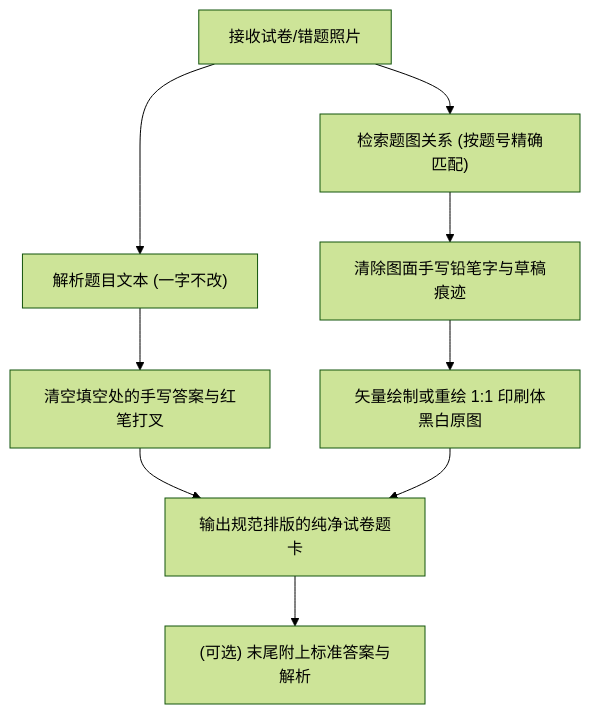
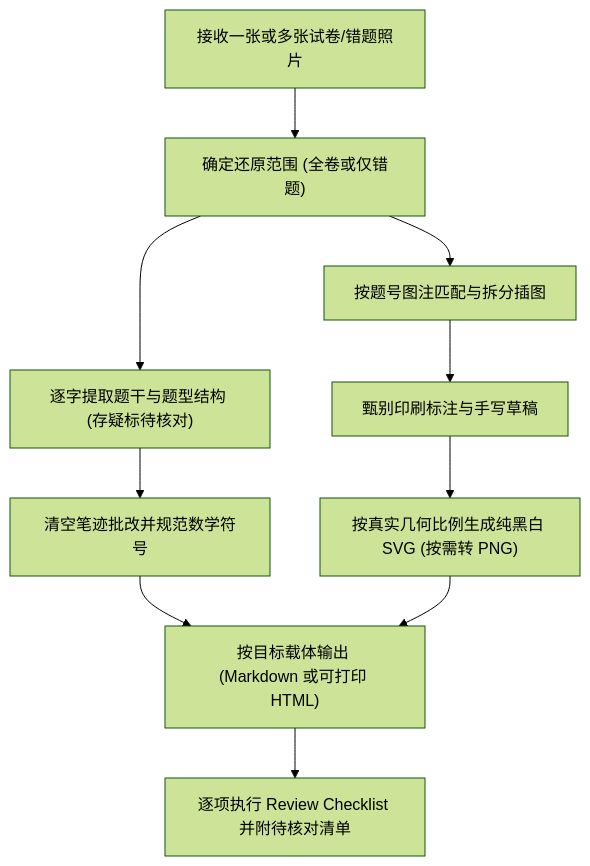
One commit to yuanquan521/my-skills changed the diagram in exam-paper-restoration/SKILL.md. Above: the diagram before and after it, drawn with Mermaid (forest theme). The commit also changed other lines of this file and 6 other files, not shown here.

````diff
--- a/exam-paper-restoration/SKILL.md
+++ b/exam-paper-restoration/SKILL.md
@@ -72,11 +62,12 @@
 ```mermaid
 flowchart TD
-    A["接收试卷/错题照片"] --> B["解析题目文本 (一字不改)"]
-    A --> C["检索题图关系 (按题号精确匹配)"]
-    B --> D["清空填空处的手写答案与红笔打叉"]
-    C --> E["清除图面手写铅笔字与草稿痕迹"]
-    E --> F["矢量绘制或重绘 1:1 印刷体黑白原图"]
-    D --> G["输出规范排版的纯净试卷题卡"]
-    F --> G
-    G --> H["(可选) 末尾附上标准答案与解析"]
+    A["接收一张或多张试卷/错题照片"] --> B["确定还原范围 (全卷或仅错题)"]
+    B --> C["逐字提取题干与题型结构 (存疑标待核对)"]
+    B --> D["按题号图注匹配与拆分插图"]
+    C --> E["清空笔迹批改并规范数学符号"]
+    D --> F["甄别印刷标注与手写草稿"]
+    F --> G["按真实几何比例生成纯黑白 SVG (按需转 PNG)"]
+    E --> H["按目标载体输出 (Markdown 或可打印 HTML)"]
+    G --> H
+    H --> I["逐项执行 Review Checklist 并附待核对清单"]
 ```
````
